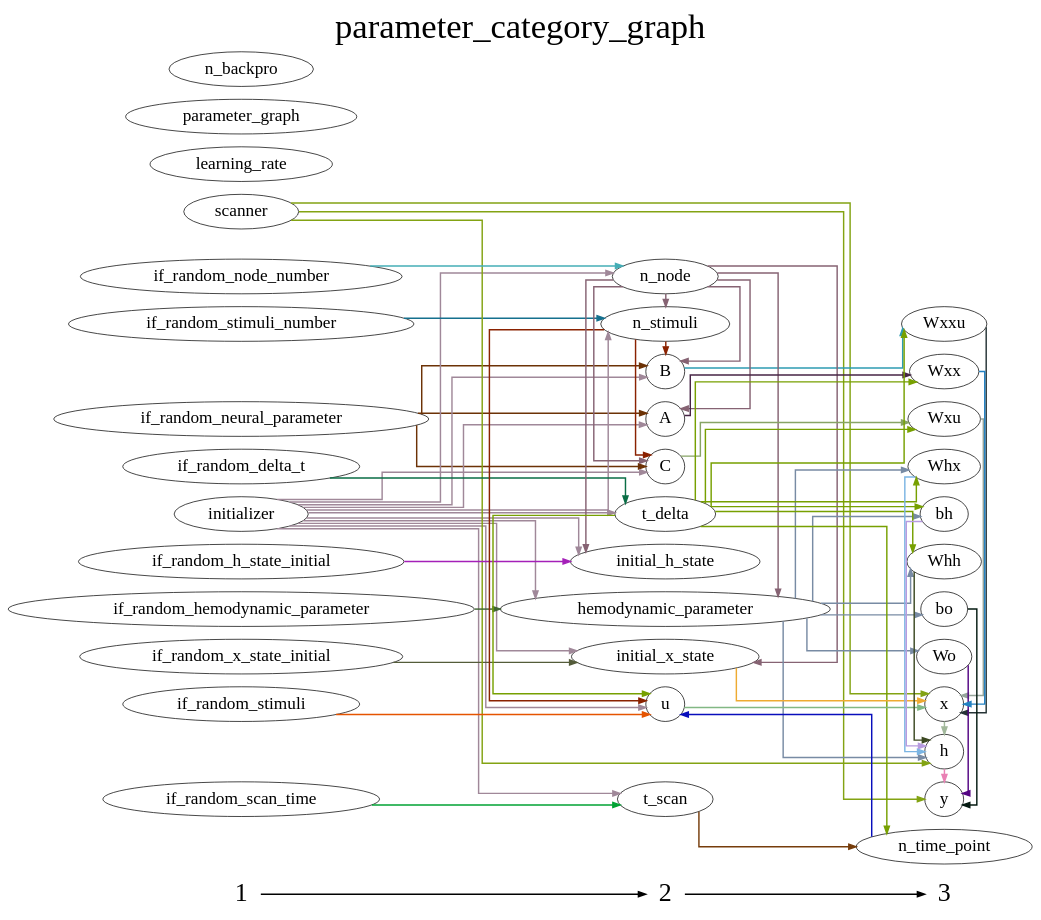
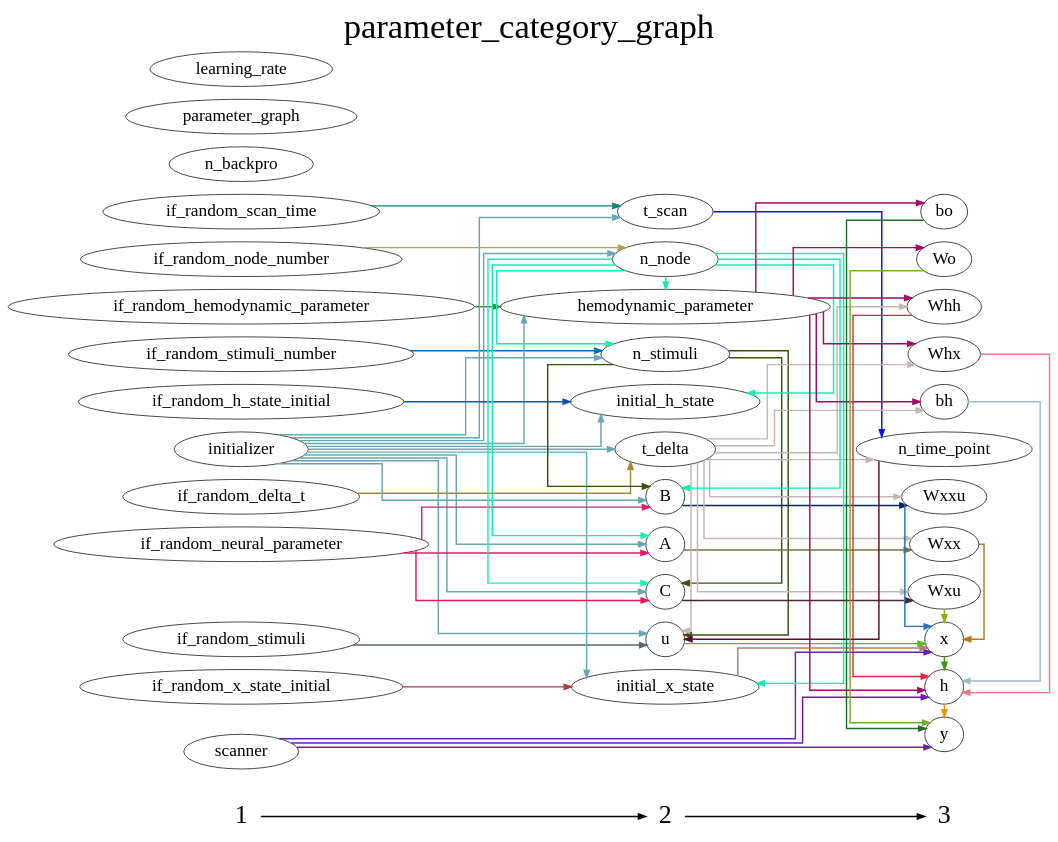
Before and after one commit to YuanWangOnward/DCM_RNN: the diagram in DCM_RNN/documents/parameter_category_graph.gv, drawn with Graphviz. The commit also changed 6 other files, not shown here.

```diff
--- a/DCM_RNN/documents/parameter_category_graph.gv
+++ b/DCM_RNN/documents/parameter_category_graph.gv
@@ -1,132 +1,132 @@
 digraph G {
           splines=ortho;
           fontsize = 48;
           rankdir = "LR";
           node[fontsize=24];
           edge[penwidth=2];
           {
           node [shape=plaintext fontsize=36];
           1 -> 
           2 -> 
           3
           }
           {rank = same;
           1;
+          if_random_hemodynamic_parameter;
+          if_random_delta_t;
+          n_backpro;
+          scanner;
+          parameter_graph;
+          learning_rate;
+          if_random_stimuli;
+          if_random_scan_time;
+          if_random_stimuli_number;
+          initializer;
+          if_random_node_number;
+          if_random_x_state_initial;
+          if_random_h_state_initial;
           if_random_neural_parameter;
-          learning_rate;
-          initializer;
-          if_random_stimuli_number;
-          if_random_x_state_initial;
-          scanner;
-          if_random_node_number;
-          if_random_hemodynamic_parameter;
-          if_random_scan_time;
-          parameter_graph;
-          if_random_h_state_initial;
-          n_backpro;
-          if_random_stimuli;
-          if_random_delta_t;
           }
           {rank = same;
           2;
           n_stimuli;
+          initial_h_state;
           B;
-          n_node;
-          hemodynamic_parameter;
-          C;
           A;
-          t_delta;
-          initial_x_state;
           t_scan;
           u;
-          initial_h_state;
+          t_delta;
+          n_node;
+          C;
+          hemodynamic_parameter;
+          initial_x_state;
           }
           {rank = same;
           3;
-          Wxxu;
+          Whh;
+          n_time_point;
           Whx;
           Wxu;
+          y;
+          bh;
+          bo;
           h;
           Wo;
-          y;
+          x;
           Wxx;
-          bh;
-          n_time_point;
-          x;
-          bo;
-          Whh;
+          Wxxu;
           }
-          Whx -> h [color="#7BB5E3"];
-          Wxu -> x [color="#96A59B"];
-          A -> Wxx [color="#472546"];
-          n_stimuli -> C [color="#8A2201"];
-          n_stimuli -> B [color="#8A2201"];
-          n_stimuli -> u [color="#8A2201"];
-          if_random_neural_parameter -> C [color="#6C3206"];
-          if_random_neural_parameter -> B [color="#6C3206"];
-          if_random_neural_parameter -> A [color="#6C3206"];
-          t_scan -> n_time_point [color="#763C0B"];
-          h -> y [color="#E981B4"];
-          x -> h [color="#A2B89B"];
+          n_stimuli -> B [color="#345506"];
+          n_stimuli -> u [color="#345506"];
+          n_stimuli -> C [color="#345506"];
           learning_rate ;
+          initial_h_state ;
+          n_time_point -> u [color="#600830"];
+          if_random_delta_t -> t_delta [color="#A08834"];
+          Whx -> h [color="#EC768A"];
+          Wxu -> x [color="#83B210"];
+          n_backpro ;
+          hemodynamic_parameter -> bh [color="#A40867"];
+          hemodynamic_parameter -> Wo [color="#A40867"];
+          hemodynamic_parameter -> Whx [color="#A40867"];
+          hemodynamic_parameter -> bo [color="#A40867"];
+          hemodynamic_parameter -> Whh [color="#A40867"];
+          hemodynamic_parameter -> h [color="#A40867"];
+          scanner -> y [color="#6C1CB6"];
+          scanner -> x [color="#6C1CB6"];
+          scanner -> h [color="#6C1CB6"];
+          B -> Wxxu [color="#082A58"];
+          parameter_graph ;
+          x -> h [color="#44940A"];
+          bh -> h [color="#A1B9C2"];
+          if_random_node_number -> n_node [color="#B3A157"];
+          A -> Wxx [color="#747546"];
+          bo -> y [color="#1A712A"];
+          t_scan -> n_time_point [color="#0716E0"];
+          Whh -> h [color="#E62545"];
+          C -> Wxu [color="#4C2735"];
+          u -> x [color="#43C417"];
+          if_random_scan_time -> t_scan [color="#118377"];
+          if_random_stimuli_number -> n_stimuli [color="#016EBB"];
+          initializer -> B [color="#67A7B4"];
+          initializer -> A [color="#67A7B4"];
+          initializer -> hemodynamic_parameter [color="#67A7B4"];
+          initializer -> u [color="#67A7B4"];
+          initializer -> t_scan [color="#67A7B4"];
+          initializer -> initial_x_state [color="#67A7B4"];
+          initializer -> n_stimuli [color="#67A7B4"];
+          initializer -> initial_h_state [color="#67A7B4"];
+          initializer -> t_delta [color="#67A7B4"];
+          initializer -> n_node [color="#67A7B4"];
+          initializer -> C [color="#67A7B4"];
+          t_delta -> Wxu [color="#C5B6B4"];
+          t_delta -> bh [color="#C5B6B4"];
+          t_delta -> u [color="#C5B6B4"];
+          t_delta -> n_time_point [color="#C5B6B4"];
+          t_delta -> Whx [color="#C5B6B4"];
+          t_delta -> Whh [color="#C5B6B4"];
+          t_delta -> Wxx [color="#C5B6B4"];
+          t_delta -> Wxxu [color="#C5B6B4"];
+          h -> y [color="#E59403"];
+          n_node -> B [color="#11EEB5"];
+          n_node -> A [color="#11EEB5"];
+          n_node -> hemodynamic_parameter [color="#11EEB5"];
+          n_node -> initial_x_state [color="#11EEB5"];
+          n_node -> n_stimuli [color="#11EEB5"];
+          n_node -> initial_h_state [color="#11EEB5"];
+          n_node -> C [color="#11EEB5"];
+          Wo -> y [color="#72B026"];
+          Wxx -> x [color="#BA761B"];
+          if_random_stimuli -> u [color="#556A75"];
+          if_random_x_state_initial -> initial_x_state [color="#AE3846"];
+          if_random_h_state_initial -> initial_h_state [color="#0E56A5"];
           y ;
-          Wxx -> x [color="#2281C2"];
-          n_node -> C [color="#866373"];
-          n_node -> B [color="#866373"];
-          n_node -> A [color="#866373"];
-          n_node -> n_stimuli [color="#866373"];
-          n_node -> hemodynamic_parameter [color="#866373"];
-          n_node -> initial_x_state [color="#866373"];
-          n_node -> initial_h_state [color="#866373"];
-          hemodynamic_parameter -> Whh [color="#788BA4"];
-          hemodynamic_parameter -> Whx [color="#788BA4"];
-          hemodynamic_parameter -> h [color="#788BA4"];
-          hemodynamic_parameter -> bh [color="#788BA4"];
-          hemodynamic_parameter -> Wo [color="#788BA4"];
-          hemodynamic_parameter -> bo [color="#788BA4"];
-          C -> Wxu [color="#87A465"];
-          initializer -> C [color="#A08899"];
-          initializer -> B [color="#A08899"];
-          initializer -> A [color="#A08899"];
-          initializer -> t_scan [color="#A08899"];
-          initializer -> n_stimuli [color="#A08899"];
-          initializer -> n_node [color="#A08899"];
-          initializer -> hemodynamic_parameter [color="#A08899"];
-          initializer -> t_delta [color="#A08899"];
-          initializer -> initial_x_state [color="#A08899"];
-          initializer -> u [color="#A08899"];
-          initializer -> initial_h_state [color="#A08899"];
-          Wxxu -> x [color="#263436"];
-          n_time_point -> u [color="#090EBC"];
-          if_random_x_state_initial -> initial_x_state [color="#545C3A"];
-          bh -> h [color="#B79CE0"];
-          scanner -> h [color="#83A313"];
-          scanner -> x [color="#83A313"];
-          scanner -> y [color="#83A313"];
-          if_random_node_number -> n_node [color="#45AEB6"];
-          t_delta -> Wxu [color="#77A001"];
-          t_delta -> Wxxu [color="#77A001"];
-          t_delta -> Whh [color="#77A001"];
-          t_delta -> Whx [color="#77A001"];
-          t_delta -> Wxx [color="#77A001"];
-          t_delta -> bh [color="#77A001"];
-          t_delta -> n_time_point [color="#77A001"];
-          t_delta -> u [color="#77A001"];
-          B -> Wxxu [color="#2E9CB2"];
-          if_random_scan_time -> t_scan [color="#00A233"];
-          initial_x_state -> x [color="#EEAB32"];
-          parameter_graph ;
-          if_random_stimuli_number -> n_stimuli [color="#15708E"];
-          if_random_hemodynamic_parameter -> hemodynamic_parameter [color="#416634"];
-          if_random_delta_t -> t_delta [color="#0A6E46"];
-          n_backpro ;
-          Whh -> h [color="#3C4922"];
-          u -> x [color="#82B884"];
-          Wo -> y [color="#540583"];
-          if_random_stimuli -> u [color="#E55400"];
-          initial_h_state ;
-          bo -> y [color="#041A11"];
-          if_random_h_state_initial -> initial_h_state [color="#A420B8"];
+          if_random_neural_parameter -> B [color="#E91568"];
+          if_random_neural_parameter -> A [color="#E91568"];
+          if_random_neural_parameter -> C [color="#E91568"];
+          initial_x_state -> x [color="#B27C6A"];
+          if_random_hemodynamic_parameter -> hemodynamic_parameter [color="#2E8C2C"];
+          Wxxu -> x [color="#2775B9"];
           labelloc = "t";
           label = "parameter_category_graph";
 }
```
